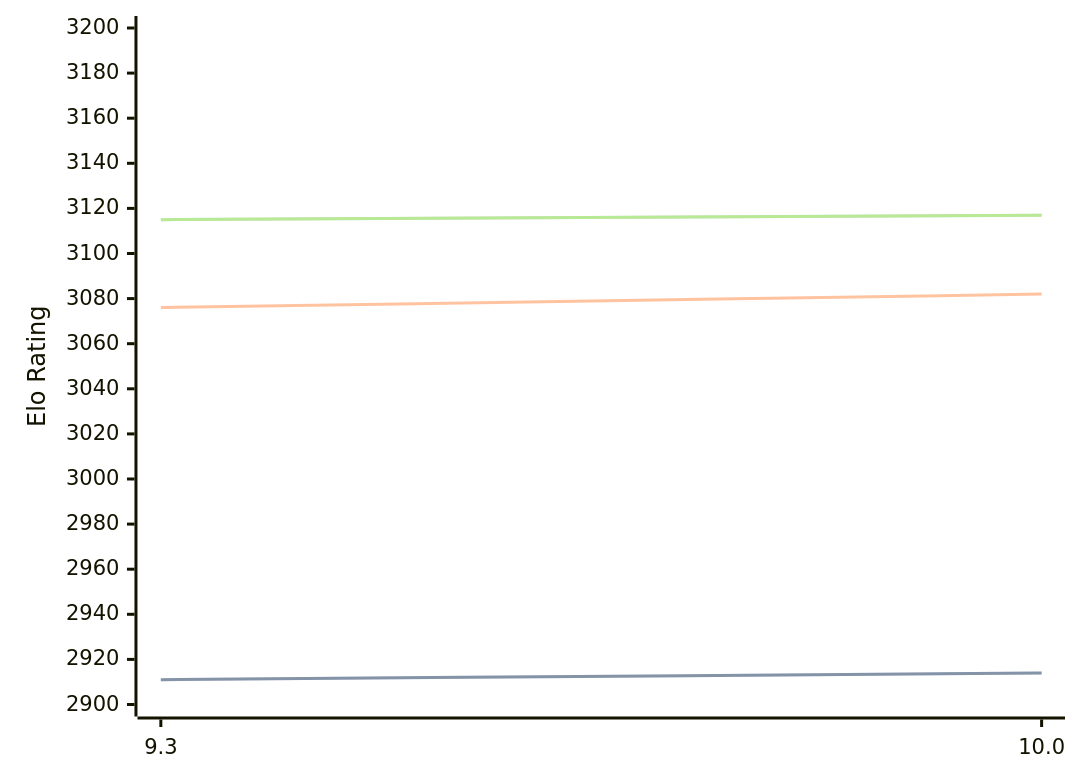
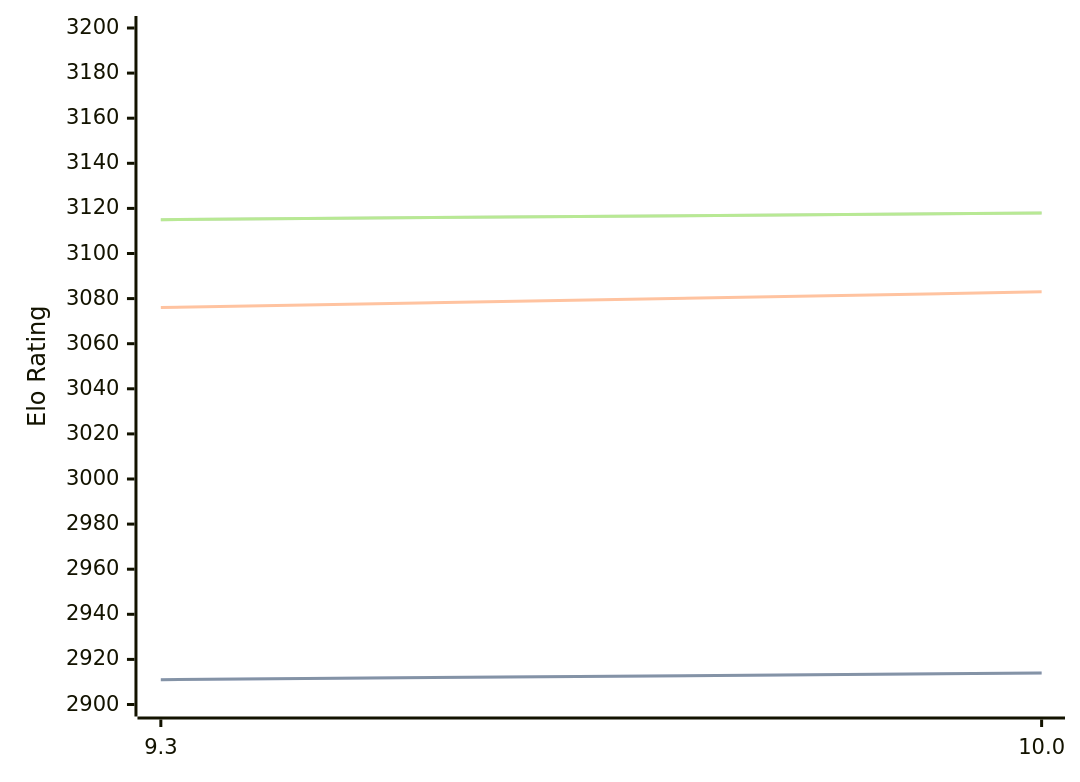
The diagram in engines/Fire.md (computer-chess-index/cci), drawn with Mermaid before and after one commit. The commit also changed other lines of this file, not shown here.

Commit message:
Update CCI Ratings (ELO VLTC) - 2026-02-24

````diff
--- a/engines/Fire.md
+++ b/engines/Fire.md
@@ -44,11 +44,11 @@
 ```mermaid
 %%{init: {"theme":"base","themeVariables":{"seriesColors:['#a3a3a3','#222221','#faa371']}}}%%
 xychart-beta
   x-axis ["9.3", "10.0"]
   y-axis "Elo Rating" 2900 --> 3200
   line "STC (8.0+0.08s)" [2911, 2914]
   line "STC (8.0+0.08s)" [2911, 2914]
-  line "LTC (60.0+0.60s)" [3076, 3082]
-  line "VLTC (2m24s+1.12s)" [3115, 3117]
-  line "VLTC (2m24s+1.12s)" [3115, 3117]
+  line "LTC (60.0+0.60s)" [3076, 3083]
+  line "VLTC (2m24s+1.12s)" [3115, 3118]
+  line "VLTC (2m24s+1.12s)" [3115, 3118]
 ```
````
